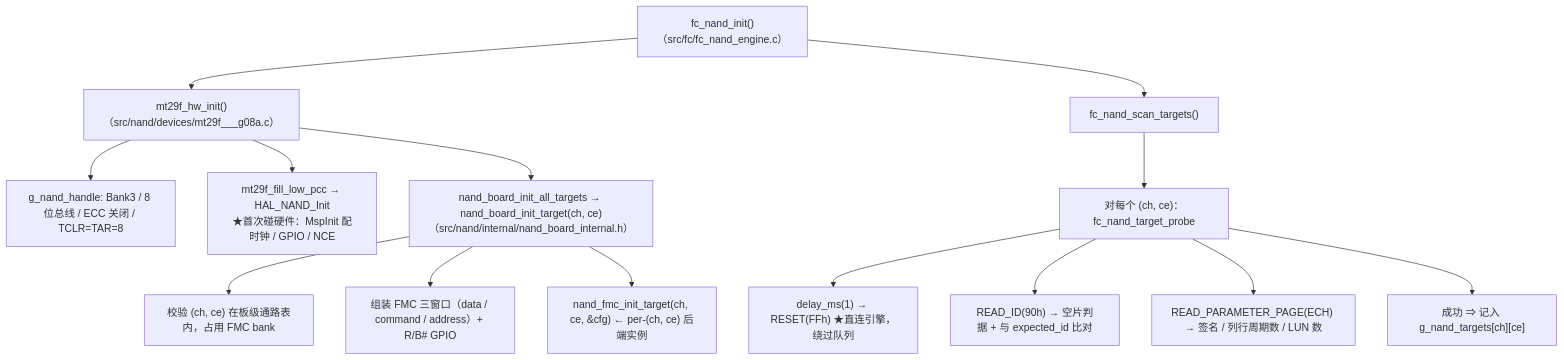
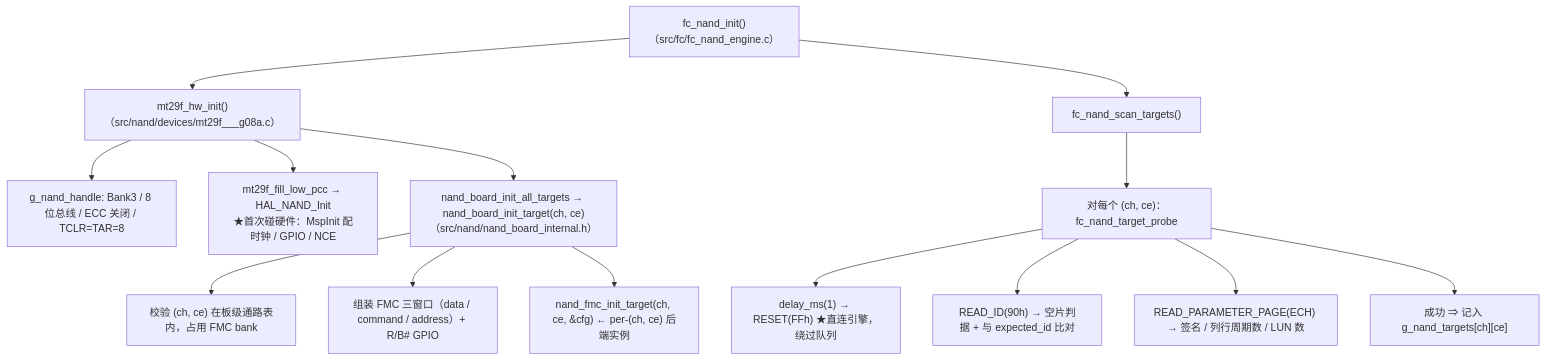
Diagram 16 of 20 in docs/design/fc_nand_design.md (YzYMIAO/BASESSD), drawn with Mermaid before and after one commit. The commit also changed other lines of this file and 86 other files, not shown here.

````diff
--- a/docs/design/fc_nand_design.md
+++ b/docs/design/fc_nand_design.md
@@ -2088,18 +2088,18 @@
 ```mermaid
 flowchart TB
     I["fc_nand_init()（src/fc/fc_nand_engine.c）"]
     I --> HW["mt29f_hw_init()（src/nand/devices/mt29f___g08a.c）"]
     HW --> H1["g_nand_handle: Bank3 / 8 位总线 / ECC 关闭 / TCLR=TAR=8"]
     HW --> H2["mt29f_fill_low_pcc → HAL_NAND_Init<br/>★首次碰硬件：MspInit 配时钟 / GPIO / NCE"]
-    HW --> H3["nand_board_init_all_targets → nand_board_init_target(ch, ce)<br/>（src/nand/internal/nand_board_internal.h）"]
+    HW --> H3["nand_board_init_all_targets → nand_board_init_target(ch, ce)<br/>（src/nand/nand_board_internal.h）"]
     H3 --> H3A["校验 (ch, ce) 在板级通路表内，占用 FMC bank"]
     H3 --> H3B["组装 FMC 三窗口（data / command / address）+ R/B# GPIO"]
     H3 --> H3C["nand_fmc_init_target(ch, ce, &amp;cfg) ← per-(ch, ce) 后端实例"]
 
     I --> SCAN["fc_nand_scan_targets()"]
     SCAN --> SC["对每个 (ch, ce)：fc_nand_target_probe"]
     SC --> P1["delay_ms(1) → RESET(FFh) ★直连引擎，绕过队列"]
     SC --> P2["READ_ID(90h) → 空片判据 + 与 expected_id 比对"]
     SC --> P3["READ_PARAMETER_PAGE(ECH) → 签名 / 列行周期数 / LUN 数"]
     SC --> P4["成功 ⇒ 记入 g_nand_targets[ch][ce]"]
 ```
````
